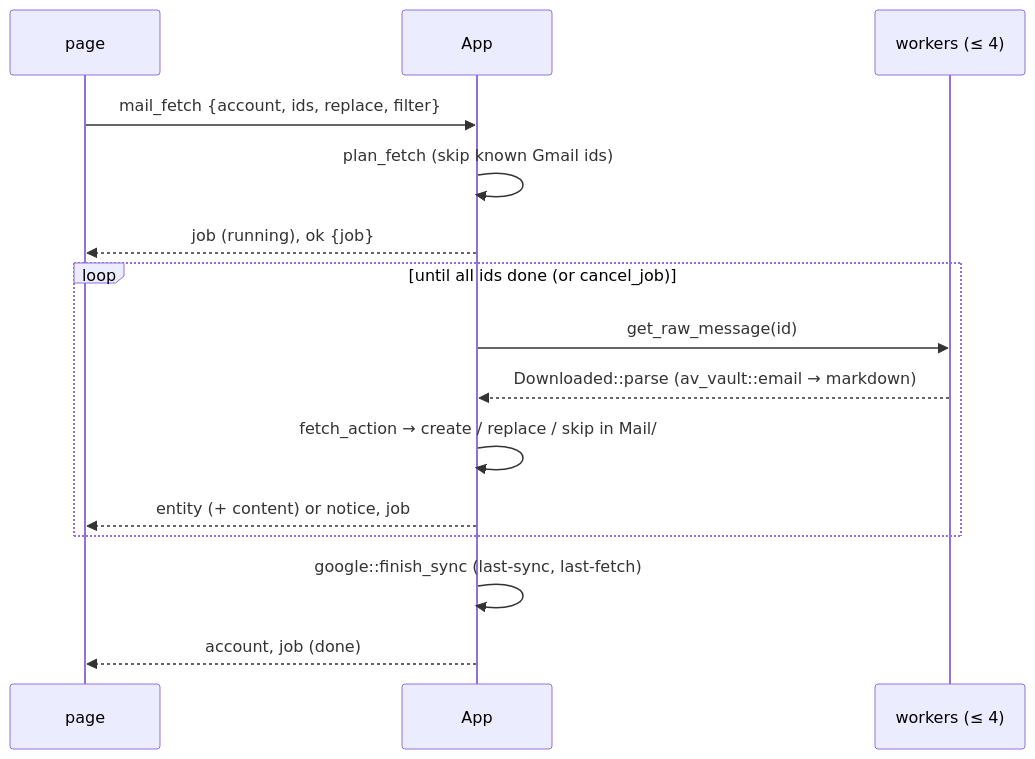
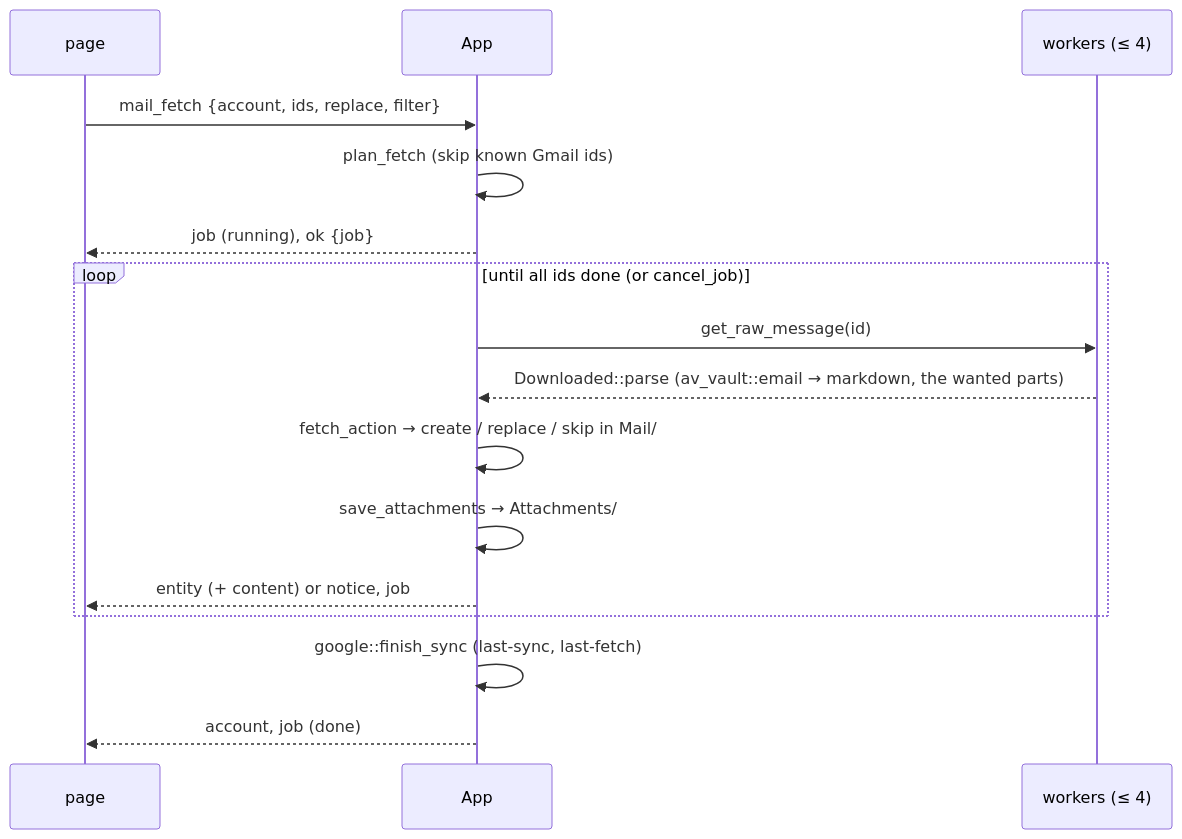
Before and after one commit to steschu77/avelor: the diagram in docs/mail.md, drawn with Mermaid. The commit also changed other lines of this file and 18 other files, not shown here.

First line of the commit message:
feat(mail): save a mail's attachments

````diff
--- a/docs/mail.md
+++ b/docs/mail.md
@@ -156,17 +192,18 @@
 ```mermaid
 sequenceDiagram
     participant P as page
     participant S as App
     participant W as workers (≤ 4)
     P->>S: mail_fetch {account, ids, replace, filter}
     S->>S: plan_fetch (skip known Gmail ids)
     S-->>P: job (running), ok {job}
     loop until all ids done (or cancel_job)
         S->>W: get_raw_message(id)
-        W-->>S: Downloaded::parse (av_vault::email → markdown)
+        W-->>S: Downloaded::parse (av_vault::email → markdown, the wanted parts)
         S->>S: fetch_action → create / replace / skip in Mail/
+        S->>S: save_attachments → Attachments/
         S-->>P: entity (+ content) or notice, job
     end
     S->>S: google::finish_sync (last-sync, last-fetch)
     S-->>P: account, job (done)
 ```
````
